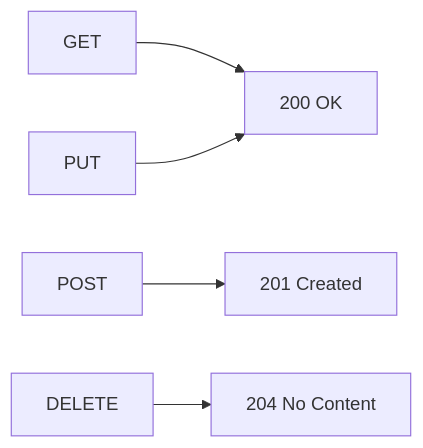
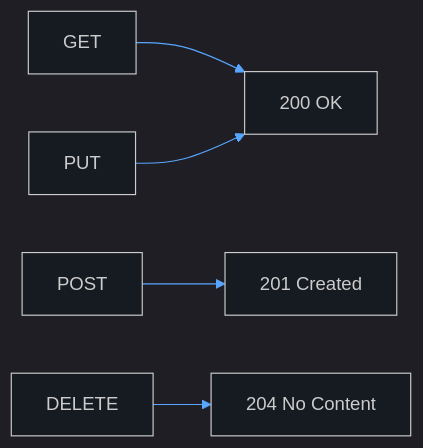
Before and after one commit to spiralhouse/cycletime: the third of 8 diagrams in docs/api/best-practices.md, drawn with Mermaid. The commit also changed other lines of this file and 2 other files, not shown here.

First line of the commit message:
refactor(docs): optimize all Mermaid diagrams for dark mode (SPI-649)

````diff
--- a/docs/api/best-practices.md
+++ b/docs/api/best-practices.md
@@ -107,7 +109,8 @@
 ```mermaid
+%%{init: {'theme':'dark', 'themeVariables': {'darkMode':true, 'background':'#0d1117', 'mainBkg':'#161b22', 'secondBkg':'#21262d', 'lineColor':'#58a6ff', 'primaryColor':'#58a6ff', 'primaryTextColor':'#c9d1d9', 'primaryBorderColor':'#30363d'}}}%%
 flowchart LR
     GET --> 200[200 OK]
     POST --> 201[201 Created]
     PUT --> 200
     DELETE --> 204[204 No Content]
 ```
````
